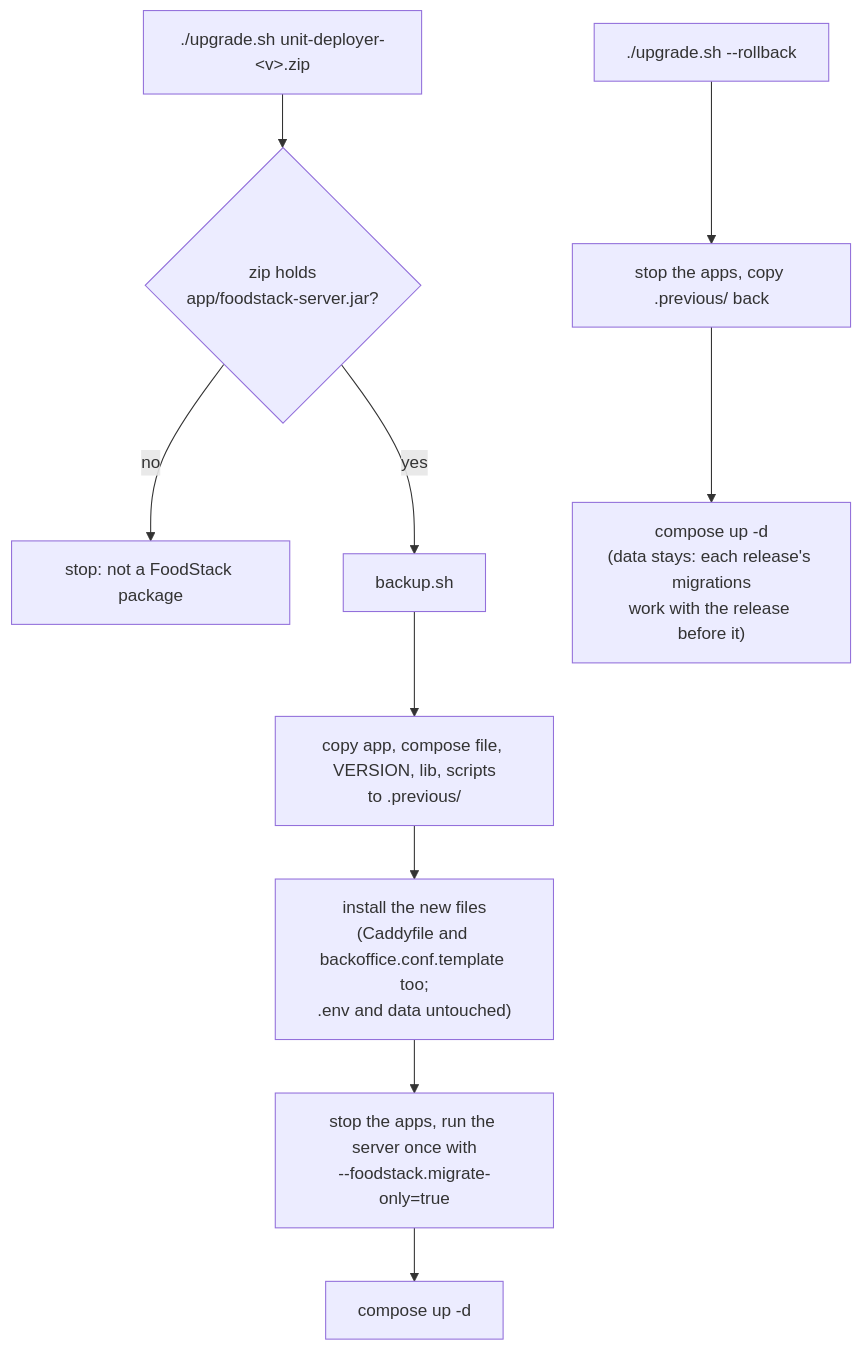
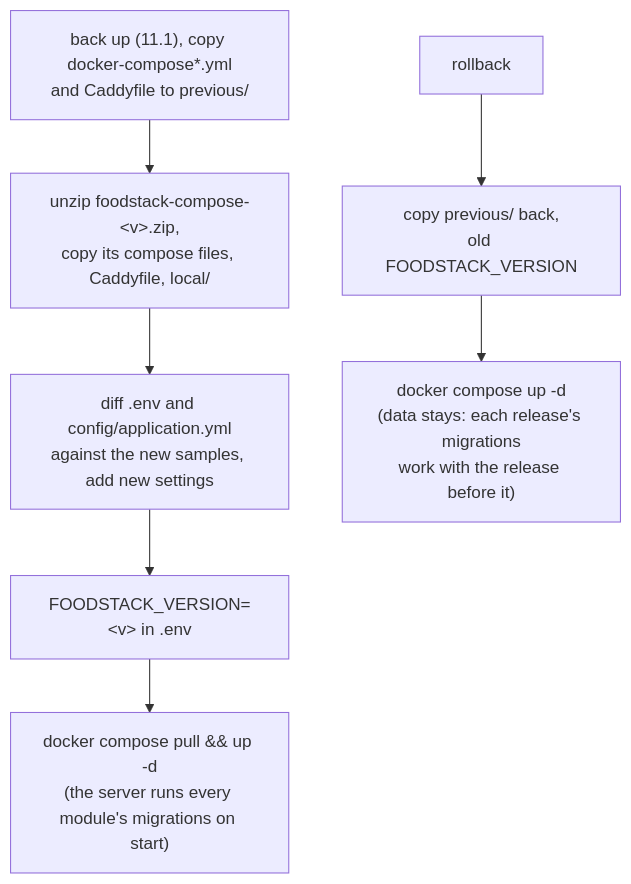
The second of 5 diagrams in docs/architecture/11-operations.md (ilyaslabs/foodstack), drawn with Mermaid before and after one commit. The commit also changed other lines of this file and 105 other files, not shown here.

First line of the commit message:
Docker Compose replaces the unit deployer; per-service settings; migration guide (#18)

````diff
--- a/docs/architecture/11-operations.md
+++ b/docs/architecture/11-operations.md
@@ -51,13 +41,10 @@
 ```mermaid
 flowchart TB
-    U["./upgrade.sh unit-deployer-&lt;v&gt;.zip"] --> C{"zip holds<br/>app/foodstack-server.jar?"}
-    C -- no --> X["stop: not a FoodStack package"]
-    C -- yes --> BK["backup.sh"]
-    BK --> P["copy app, compose file, VERSION, lib, scripts<br/>to .previous/"]
-    P --> I["install the new files<br/>(Caddyfile and backoffice.conf.template too;<br/>.env and data untouched)"]
-    I --> MG["stop the apps, run the server once with<br/>--foodstack.migrate-only=true"]
-    MG --> UP["compose up -d"]
+    BK["back up (11.1), copy docker-compose*.yml<br/>and Caddyfile to previous/"] --> Z["unzip foodstack-compose-&lt;v&gt;.zip,<br/>copy its compose files, Caddyfile, local/"]
+    Z --> D["diff .env and config/application.yml<br/>against the new samples, add new settings"]
+    D --> V["FOODSTACK_VERSION=&lt;v&gt; in .env"]
+    V --> UP["docker compose pull && up -d<br/>(the server runs every module's migrations on start)"]
 
-    RB["./upgrade.sh --rollback"] --> RP["stop the apps, copy .previous/ back"]
-    RP --> RU["compose up -d<br/>(data stays: each release's migrations<br/>work with the release before it)"]
+    RB["rollback"] --> RP["copy previous/ back,<br/>old FOODSTACK_VERSION"]
+    RP --> RU["docker compose up -d<br/>(data stays: each release's migrations<br/>work with the release before it)"]
 ```
````
